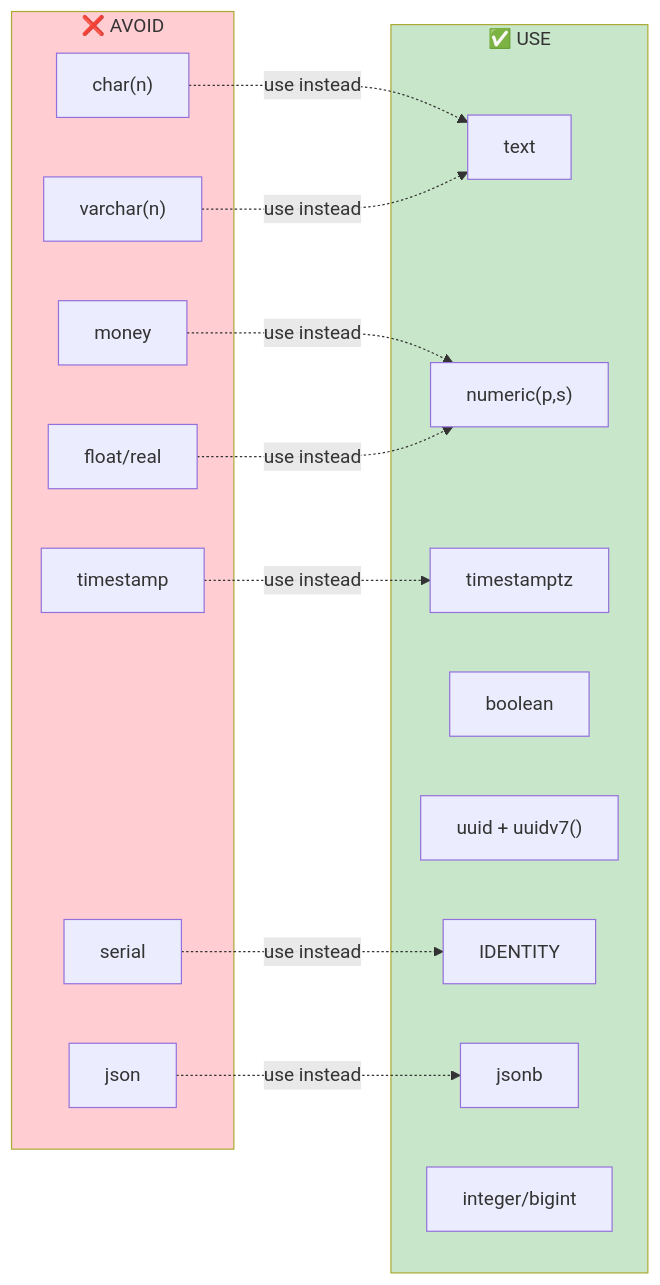
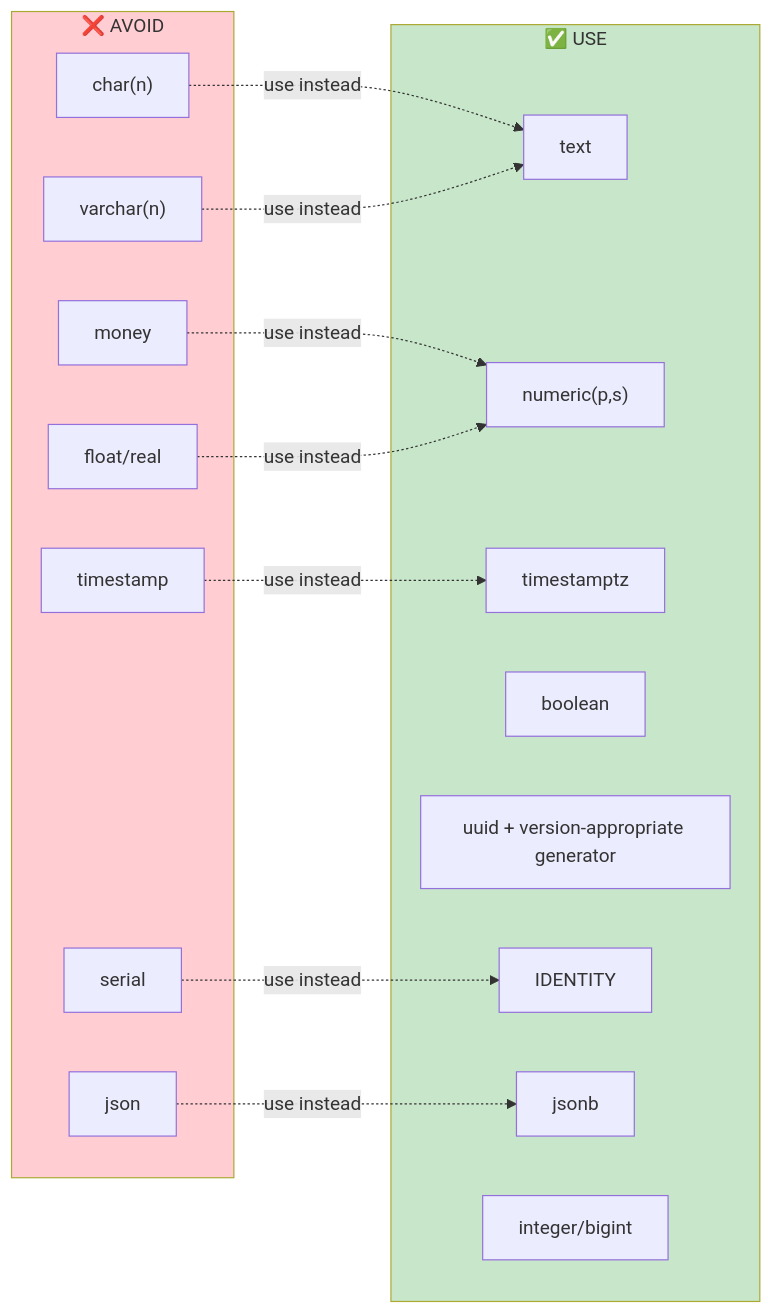
One commit to artemiuss/postgresql-skill changed the second of 2 diagrams in references/data-types.md. Above: the diagram before and after it, drawn with Mermaid. The commit also changed other lines of this file and 29 other files, not shown here.

````diff
--- a/references/data-types.md
+++ b/references/data-types.md
@@ -50,34 +52,34 @@
 ```mermaid
 graph LR
     subgraph GOOD["✅ USE"]
         G1["text"]
         G2["numeric(p,s)"]
         G3["timestamptz"]
         G4["boolean"]
-        G5["uuid + uuidv7()"]
+        G5["uuid + version-appropriate generator"]
         G6["IDENTITY"]
         G7["jsonb"]
         G8["integer/bigint"]
     end
     
     subgraph BAD["❌ AVOID"]
         B1["char(n)"]
         B2["varchar(n)"]
         B3["money"]
         B4["timestamp"]
         B5["serial"]
         B6["json"]
         B7["float/real"]
     end
     
     B1 -.->|"use instead"| G1
     B2 -.->|"use instead"| G1
     B3 -.->|"use instead"| G2
     B4 -.->|"use instead"| G3
     B5 -.->|"use instead"| G6
     B6 -.->|"use instead"| G7
     B7 -.->|"use instead"| G2
     
     style GOOD fill:#c8e6c9
     style BAD fill:#ffcdd2
 ```
````
